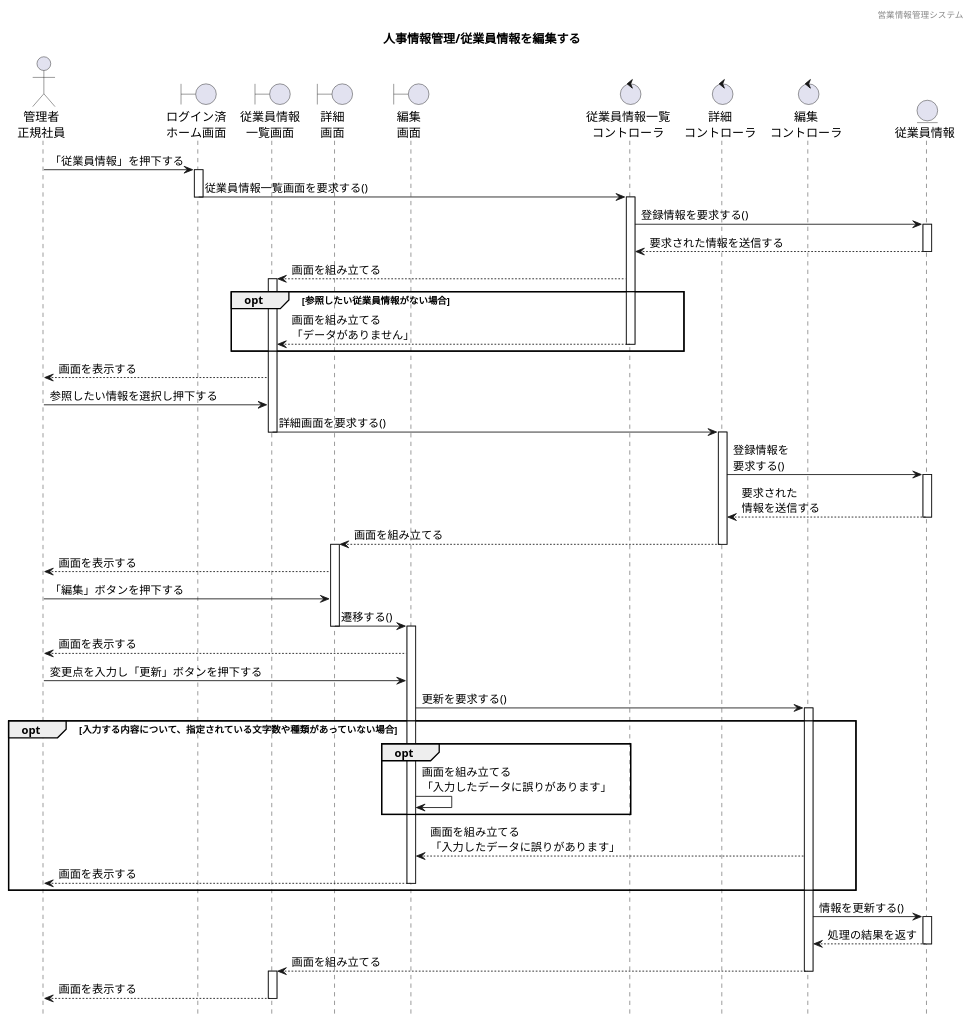
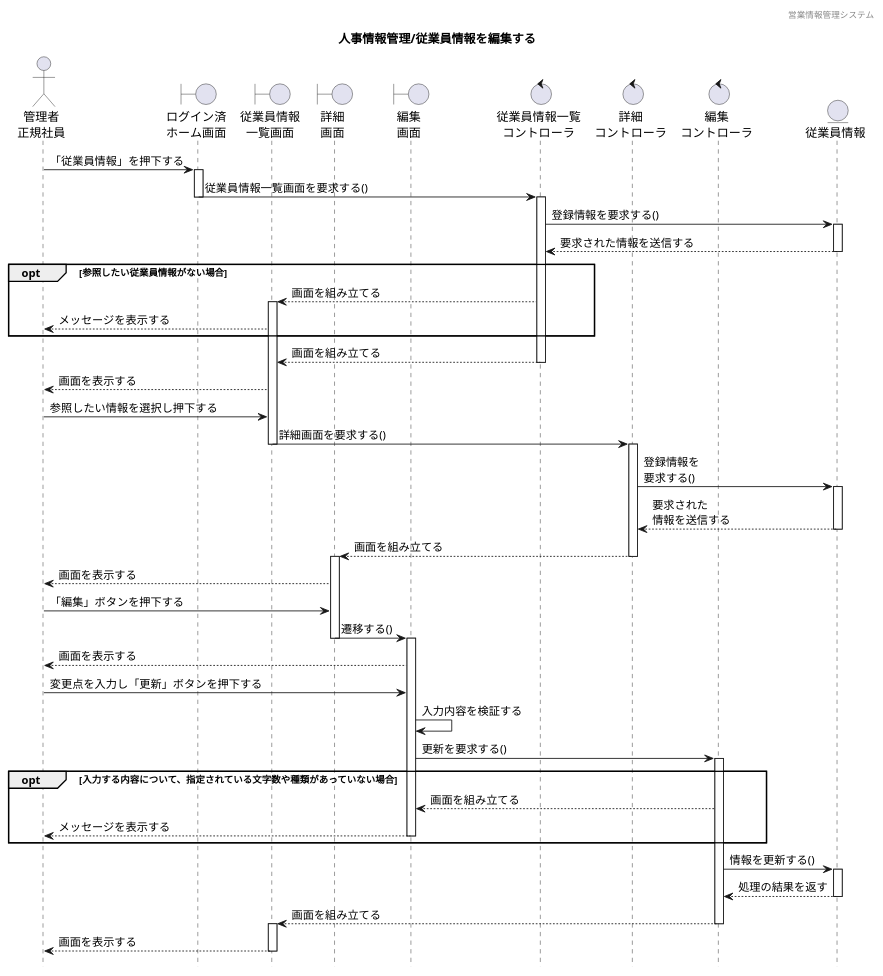
Before and after one commit to HaruShim/Sotuken: the diagram in 各種設計書/4シーケンス図/マスタ管理/1.従業員情報マスタ/従業員情報管理_編集.plantuml, drawn with PlantUML. The commit also changed 3 other files, not shown here.

```diff
--- a/各種設計書/4シーケンス図/マスタ管理/1.従業員情報マスタ/従業員情報管理_編集.plantuml
+++ b/各種設計書/4シーケンス図/マスタ管理/1.従業員情報マスタ/従業員情報管理_編集.plantuml
@@ -1,104 +1,105 @@
 @startuml ../../images/従業員情報マスタ/従業員情報管理_編集
 
 ' 下アイコン除去
 hide footbox
 ' ヘッダー
 header 営業情報管理システム
 ' タイトル
 title 人事情報管理/従業員情報を編集する
 
 
 ' actor "" as 
 actor "管理者\n正規社員" as a1
 
 ' boundary "" as 
 boundary "ログイン済\nホーム画面" as b1
 boundary "従業員情報\n一覧画面" as b2
 boundary "詳細\n画面" as b3
 boundary "編集\n画面" as b4
 
 ' control "" as 
 control "従業員情報一覧\nコントローラ" as c1
 control "詳細\nコントローラ" as c2
 control "編集\nコントローラ" as c3
 
 ' entity "" as
 entity "従業員情報" as e1
 
 
 ' ログイン済みホーム画面から一覧表示までのシーケンス
 a1 -> b1 : 「従業員情報」を押下する
 activate b1
 b1 -> c1 : 従業員情報一覧画面を要求する()
 deactivate b1
 activate c1
 c1 -> e1 : 登録情報を要求する()
 activate e1
 c1 <-- e1 : 要求された情報を送信する
 deactivate e1
-b2 <-- c1 : 画面を組み立てる
-activate b2
 
 ' 代替フロー
 opt 参照したい従業員情報がない場合
-b2 <-- c1 : 画面を組み立てる\n「データがありません」
-deactivate c1
+b2 <-- c1 : 画面を組み立てる
+activate b2
+a1 <-- b2 : メッセージを表示する
 end
 
-activate b2
+b2 <-- c1 : 画面を組み立てる
+deactivate c1
+
+
+
+
+
 a1 <-- b2 : 画面を表示する
 a1 -> b2 : 参照したい情報を選択し押下する
 b2 -> c2 : 詳細画面を要求する()
 deactivate b2
 activate c2
 
 
 c2 -> e1 : 登録情報を\n要求する()
 activate e1
 c2 <-- e1 : 要求された\n情報を送信する
 deactivate e1
 b3 <-- c2 : 画面を組み立てる
 deactivate c2
 activate b3
 a1 <-- b3 : 画面を表示する
 
 
 a1 -> b3 : 「編集」ボタンを押下する
 b3 -> b4 : 遷移する()
 deactivate b3
 activate b4
 a1 <-- b4 : 画面を表示する
 a1 -> b4 : 変更点を入力し「更新」ボタンを押下する
+b4 -> b4 : 入力内容を検証する
 b4 -> c3 : 更新を要求する()
 activate c3
 
 ' 代替フロー
 
 
 opt 入力する内容について、指定されている文字数や種類があっていない場合
-
-opt
-b4 -> b4 : 画面を組み立てる\n「入力したデータに誤りがあります」
-end
-
-b4 <-- c3 : 画面を組み立てる\n「入力したデータに誤りがあります」
+b4 <-- c3 : 画面を組み立てる
 deactivate c1
-a1 <-- b4 : 画面を表示する
+a1 <-- b4 : メッセージを表示する
 deactivate b4
 end
 
 
 deactivate b4
 activate c3
 c3 -> e1 : 情報を更新する()
 activate e1
 c3 <-- e1 : 処理の結果を返す
 deactivate e1
 b2 <-- c3 : 画面を組み立てる
 deactivate c3
 activate b2
 a1 <-- b2 : 画面を表示する
 deactivate b2
 
 
 @enduml
```
